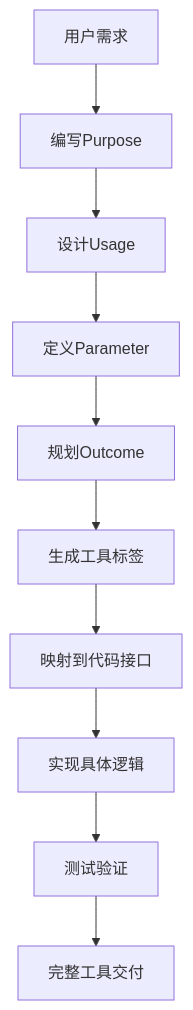
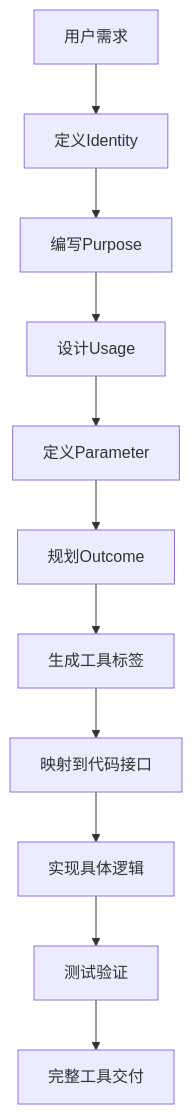
One commit to yuyuan-cs/PromptX changed the diagram in resource/role/luban/knowledge/dpml-tool-tagging.knowledge.md. Above: the diagram before and after it, drawn with Mermaid. The commit also changed other lines of this file and 2 other files, not shown here.

````diff
--- a/resource/role/luban/knowledge/dpml-tool-tagging.knowledge.md
+++ b/resource/role/luban/knowledge/dpml-tool-tagging.knowledge.md
@@ -228,12 +248,13 @@
 ```mermaid
 flowchart TD
-    A[用户需求] --> B[编写Purpose]
-    B --> C[设计Usage]
-    C --> D[定义Parameter]
-    D --> E[规划Outcome]
-    E --> F[生成工具标签]
-    F --> G[映射到代码接口]
-    G --> H[实现具体逻辑]
-    H --> I[测试验证]
-    I --> J[完整工具交付]
+    A[用户需求] --> B[定义Identity]
+    B --> C[编写Purpose]
+    C --> D[设计Usage]
+    D --> E[定义Parameter]
+    E --> F[规划Outcome]
+    F --> G[生成工具标签]
+    G --> H[映射到代码接口]
+    H --> I[实现具体逻辑]
+    I --> J[测试验证]
+    J --> K[完整工具交付]
 ```
````
